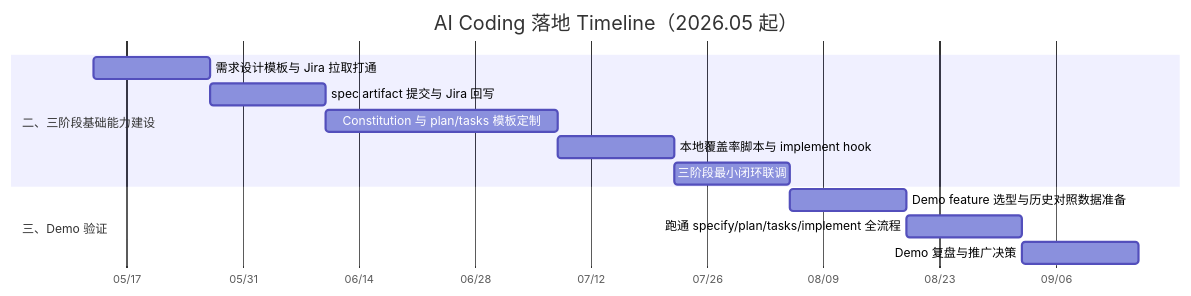
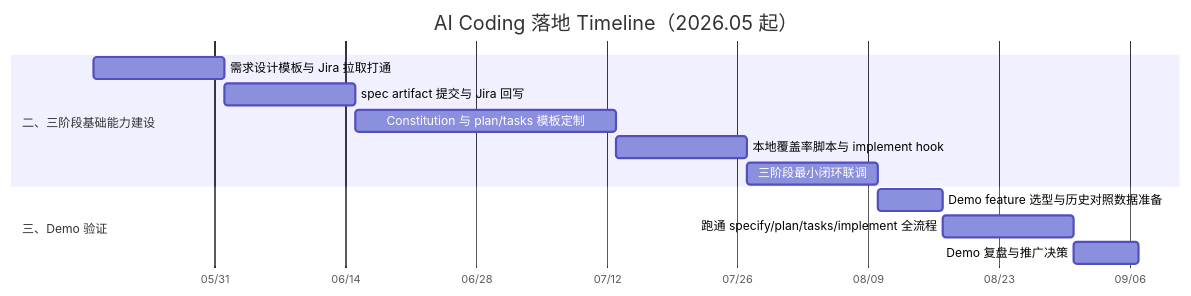
One commit to 9527dong/spec-kit changed the second of 3 diagrams in docs/ai-coding-plan.md. Above: the diagram before and after it, drawn with Mermaid. The commit also changed other lines of this file, not shown here.

````diff
--- a/docs/ai-coding-plan.md
+++ b/docs/ai-coding-plan.md
@@ -224,19 +226,19 @@
 ```mermaid
 gantt
     title AI Coding 落地 Timeline（2026.05 起）
     dateFormat  YYYY-MM-DD
     axisFormat  %m/%d
     tickInterval 2week
 
     section 二、三阶段基础能力建设
-    需求设计模板与 Jira 拉取打通           :p2_1, 2026-05-13, 14d
+    需求设计模板与 Jira 拉取打通           :p2_1, 2026-05-18, 14d
     spec artifact 提交与 Jira 回写          :p2_2, after p2_1, 14d
     Constitution 与 plan/tasks 模板定制     :p2_3, after p2_2, 28d
     本地覆盖率脚本与 implement hook         :p2_4, after p2_3, 14d
     三阶段最小闭环联调                      :p2_5, after p2_4, 14d
 
     section 三、Demo 验证
-    Demo feature 选型与历史对照数据准备     :p3_1, after p2_5, 14d
+    Demo feature 选型与历史对照数据准备     :p3_1, after p2_5, 7d
     跑通 specify/plan/tasks/implement 全流程 :p3_2, after p3_1, 14d
-    Demo 复盘与推广决策                     :p3_3, after p3_2, 14d
+    Demo 复盘与推广决策                     :p3_3, after p3_2, 7d
 ```
````
